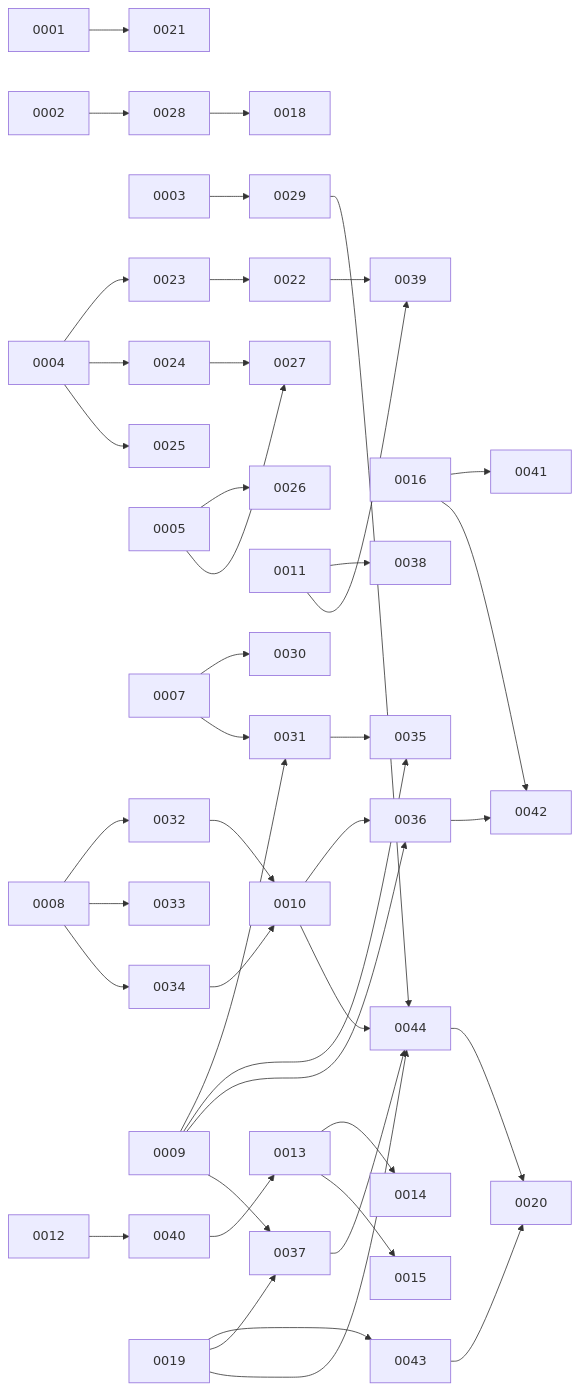
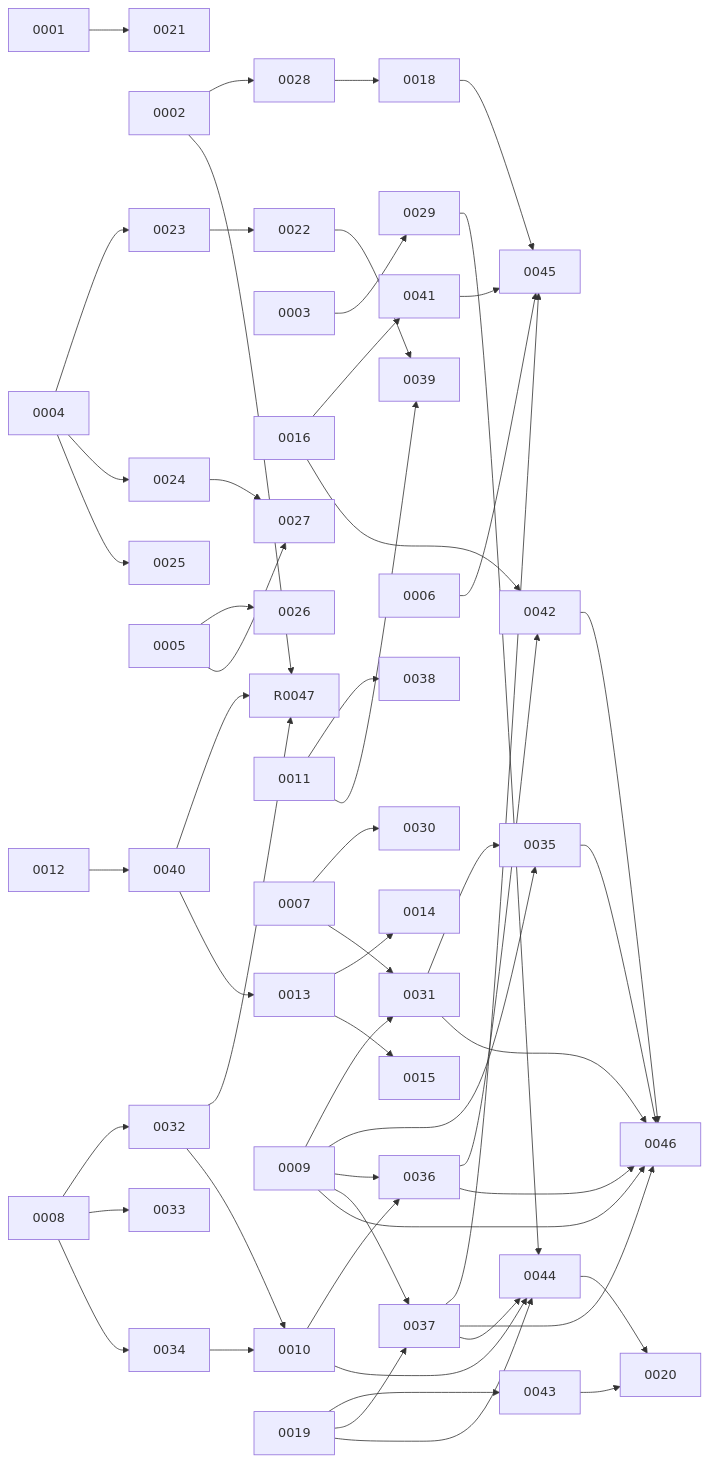
Before and after one commit to ryo-morimoto/moti: the second of 2 diagrams in rfcs/RFC_MAP.md, drawn with Mermaid. The commit also changed other lines of this file and 9 other files, not shown here.

````diff
--- a/rfcs/RFC_MAP.md
+++ b/rfcs/RFC_MAP.md
@@ -75,45 +78,58 @@
 ```mermaid
 flowchart LR
   R0001[0001] --> R0021[0021]
   R0002[0002] --> R0028[0028]
+  R0002 --> R0047
   R0003[0003] --> R0029[0029]
   R0028[0028] --> R0018[0018]
+  R0018 --> R0045[0045]
   R0029[0029] --> R0044[0044]
   R0016[0016] --> R0041[0041]
   R0016 --> R0042[0042]
+  R0041 --> R0045[0045]
   R0004[0004] --> R0023[0023]
   R0004 --> R0024[0024]
   R0004 --> R0025[0025]
   R0023 --> R0022[0022]
   R0024 --> R0027[0027]
   R0005[0005] --> R0026[0026]
   R0005 --> R0027
   R0022 --> R0039[0039]
   R0011[0011] --> R0038[0038]
   R0011 --> R0039
+  R0006[0006] --> R0045
   R0007[0007] --> R0030[0030]
   R0007 --> R0031[0031]
   R0008[0008] --> R0032[0032]
   R0008 --> R0033[0033]
   R0008 --> R0034[0034]
+  R0032[0032] --> R0047
   R0032 --> R0010[0010]
   R0010 --> R0036[0036]
   R0031 --> R0035[0035]
+  R0031 --> R0046[0046]
   R0009[0009] --> R0031[0031]
   R0034 --> R0010
   R0009[0009] --> R0035
   R0009 --> R0036[0036]
   R0009 --> R0037[0037]
+  R0009 --> R0046[0046]
   R0036 --> R0042[0042]
+  R0036 --> R0046
+  R0035 --> R0046
+  R0037 --> R0045
+  R0037 --> R0046
+  R0042 --> R0046
   R0037 --> R0044[0044]
   R0012[0012] --> R0040[0040]
+  R0040 --> R0047
   R0040 --> R0013[0013]
   R0013 --> R0014[0014]
   R0013 --> R0015[0015]
   R0019[0019] --> R0043[0043]
   R0019 --> R0037[0037]
   R0019 --> R0044
   R0010 --> R0044
   R0043 --> R0020[0020]
   R0044 --> R0020
 ```
````
